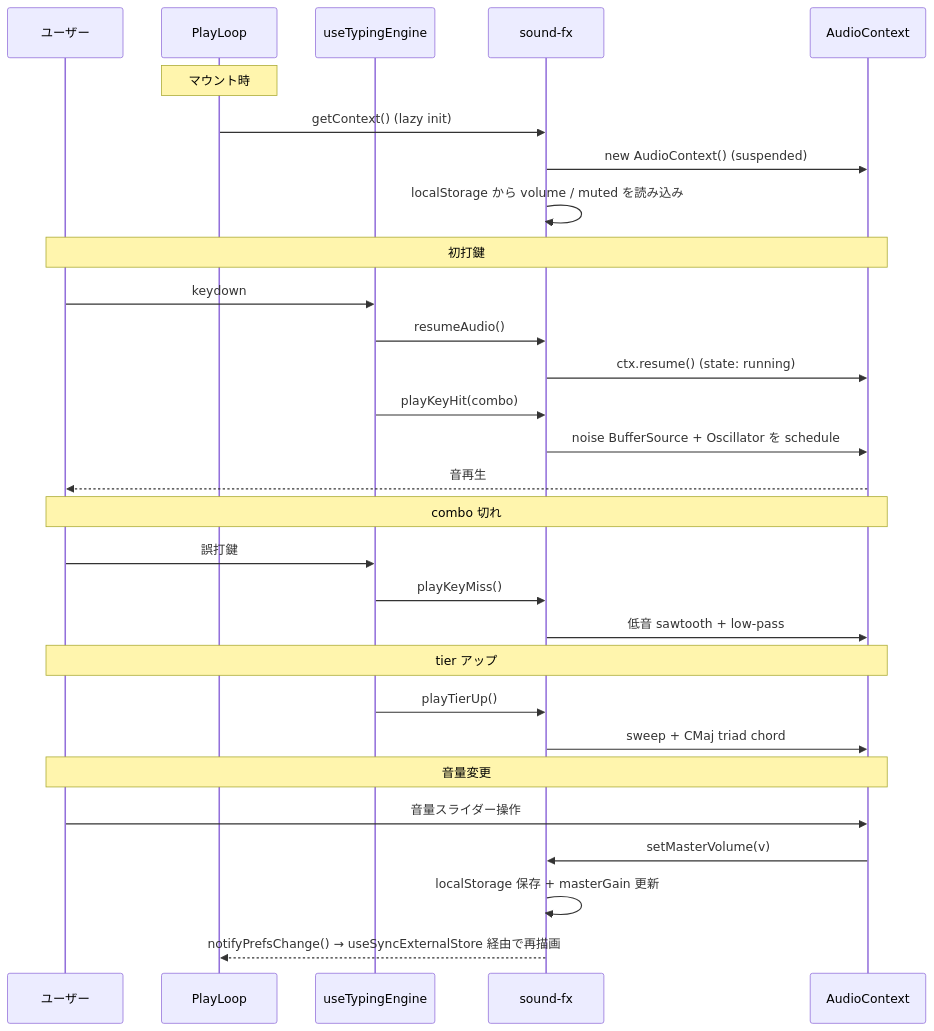
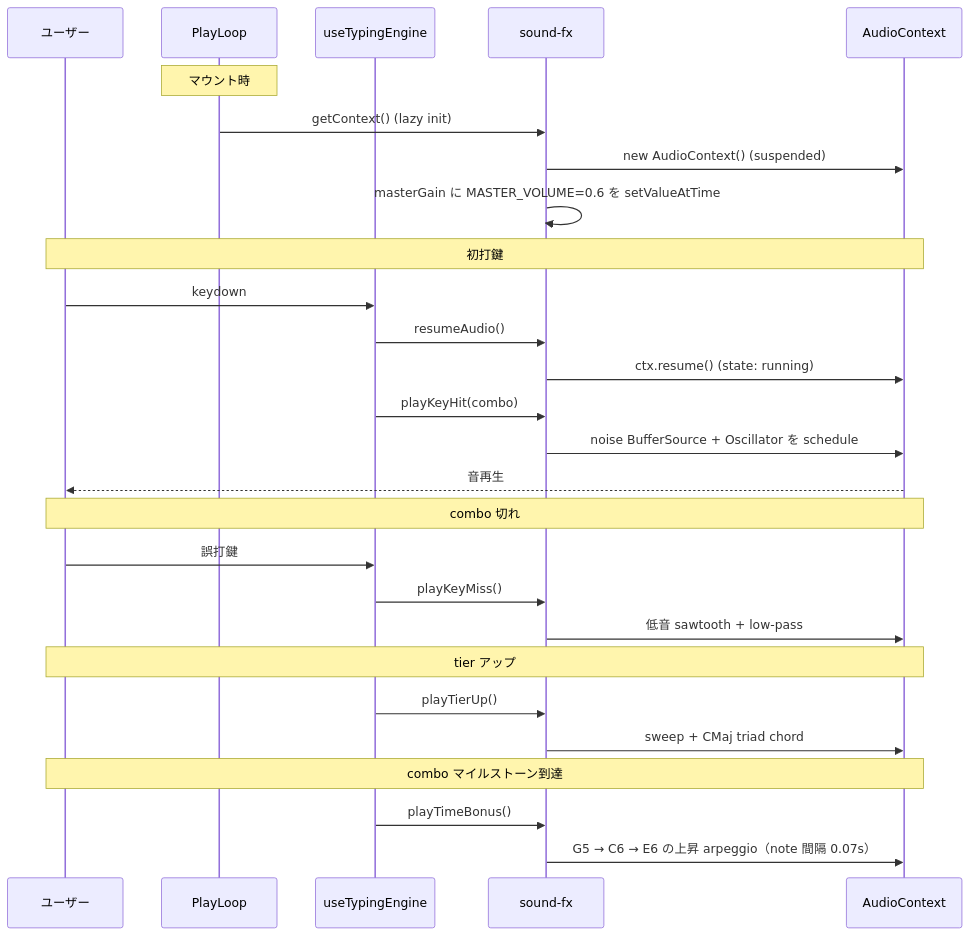
One commit to kentakki416/typing-royale changed the diagram in docs/spec/play-audio/README.md. Above: the diagram before and after it, drawn with Mermaid. The commit also changed other lines of this file and 51 other files, not shown here.

````diff
--- a/docs/spec/play-audio/README.md
+++ b/docs/spec/play-audio/README.md
@@ -155,36 +143,34 @@
 ```mermaid
 sequenceDiagram
     participant U as ユーザー
     participant PL as PlayLoop
     participant TE as useTypingEngine
     participant SFX as sound-fx
     participant AC as AudioContext
 
     Note over PL: マウント時
     PL->>SFX: getContext() (lazy init)
     SFX->>AC: new AudioContext() (suspended)
-    SFX->>SFX: localStorage から volume / muted を読み込み
+    SFX->>SFX: masterGain に MASTER_VOLUME=0.6 を setValueAtTime
 
     Note over U,AC: 初打鍵
     U->>TE: keydown
     TE->>SFX: resumeAudio()
     SFX->>AC: ctx.resume() (state: running)
     TE->>SFX: playKeyHit(combo)
     SFX->>AC: noise BufferSource + Oscillator を schedule
     AC-->>U: 音再生
 
     Note over U,AC: combo 切れ
     U->>TE: 誤打鍵
     TE->>SFX: playKeyMiss()
     SFX->>AC: 低音 sawtooth + low-pass
 
     Note over U,AC: tier アップ
     TE->>SFX: playTierUp()
     SFX->>AC: sweep + CMaj triad chord
 
-    Note over U,AC: 音量変更
-    U->>AC: 音量スライダー操作
-    AC->>SFX: setMasterVolume(v)
-    SFX->>SFX: localStorage 保存 + masterGain 更新
-    SFX-->>PL: notifyPrefsChange() → useSyncExternalStore 経由で再描画
+    Note over U,AC: combo マイルストーン到達
+    TE->>SFX: playTimeBonus()
+    SFX->>AC: G5 → C6 → E6 の上昇 arpeggio（note 間隔 0.07s）
 ```
````
